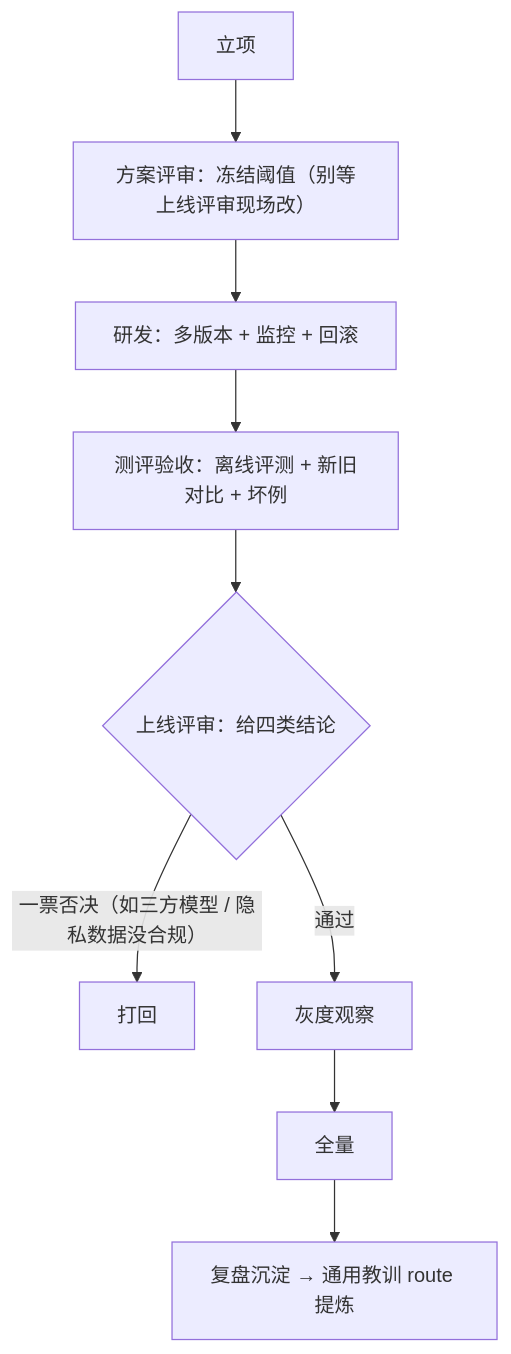
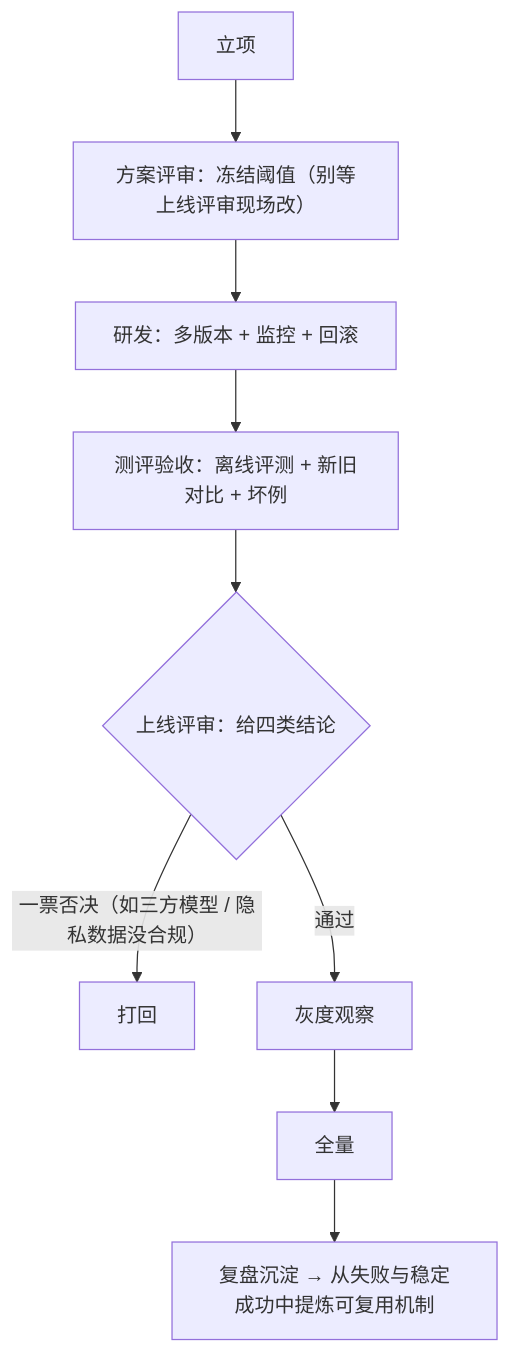
The diagram in docs/llm-algorithm-handbook.md (ccoalm/ccl-skills), drawn with Mermaid before and after one commit. The commit also changed other lines of this file and 10 other files, not shown here.

````diff
--- a/docs/llm-algorithm-handbook.md
+++ b/docs/llm-algorithm-handbook.md
@@ -43,11 +43,11 @@
 ```mermaid
 flowchart TD
   P["立项"] --> R["方案评审：冻结阈值（别等上线评审现场改）"]
   R --> D["研发：多版本 + 监控 + 回滚"]
   D --> E["测评验收：离线评测 + 新旧对比 + 坏例"]
   E --> L{"上线评审：给四类结论"}
   L -->|"一票否决（如三方模型 / 隐私数据没合规）"| STOP["打回"]
   L -->|"通过"| G["灰度观察"]
   G --> F["全量"]
-  F --> RT["复盘沉淀 → 通用教训 route 提炼"]
+  F --> RT["复盘沉淀 → 从失败与稳定成功中提炼可复用机制"]
 ```
````
